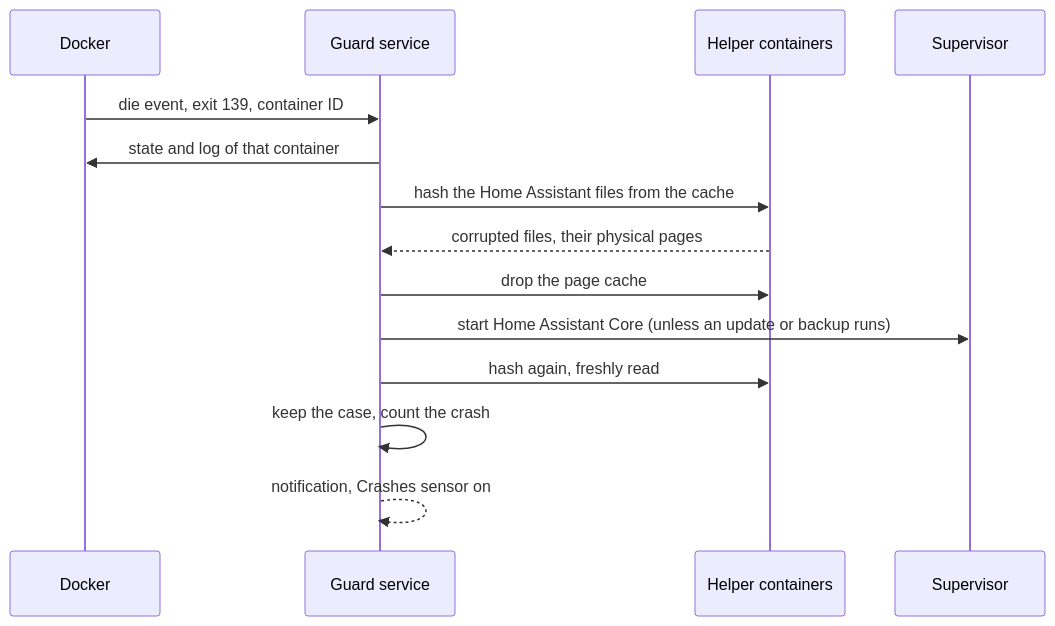
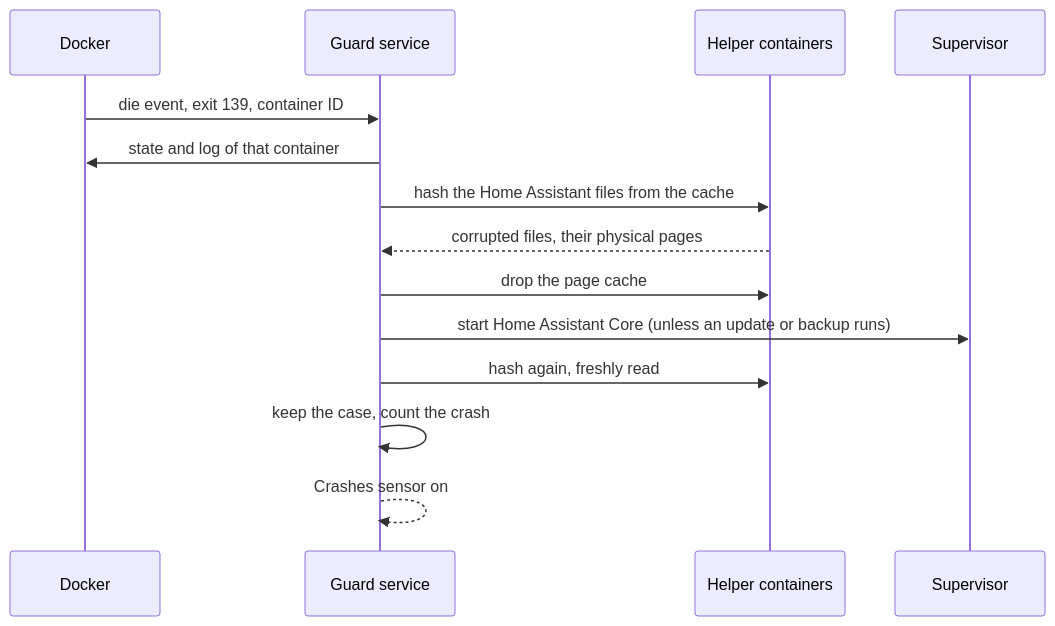
The first of 2 diagrams in crash_guard/DOCS.md (n-schilling/ha-app-crash-guard), drawn with Mermaid before and after one commit. The commit also changed other lines of this file and 7 other files, not shown here.

````diff
--- a/crash_guard/DOCS.md
+++ b/crash_guard/DOCS.md
@@ -13,16 +13,16 @@
 ```mermaid
 sequenceDiagram
     participant D as Docker
     participant G as Guard service
     participant H as Helper containers
     participant S as Supervisor
     D->>G: die event, exit 139, container ID
     G->>D: state and log of that container
     G->>H: hash the Home Assistant files from the cache
     H-->>G: corrupted files, their physical pages
     G->>H: drop the page cache
     G->>S: start Home Assistant Core (unless an update or backup runs)
     G->>H: hash again, freshly read
     G->>G: keep the case, count the crash
-    G-->>G: notification, Crashes sensor on
+    G-->>G: Crashes sensor on
 ```
````
